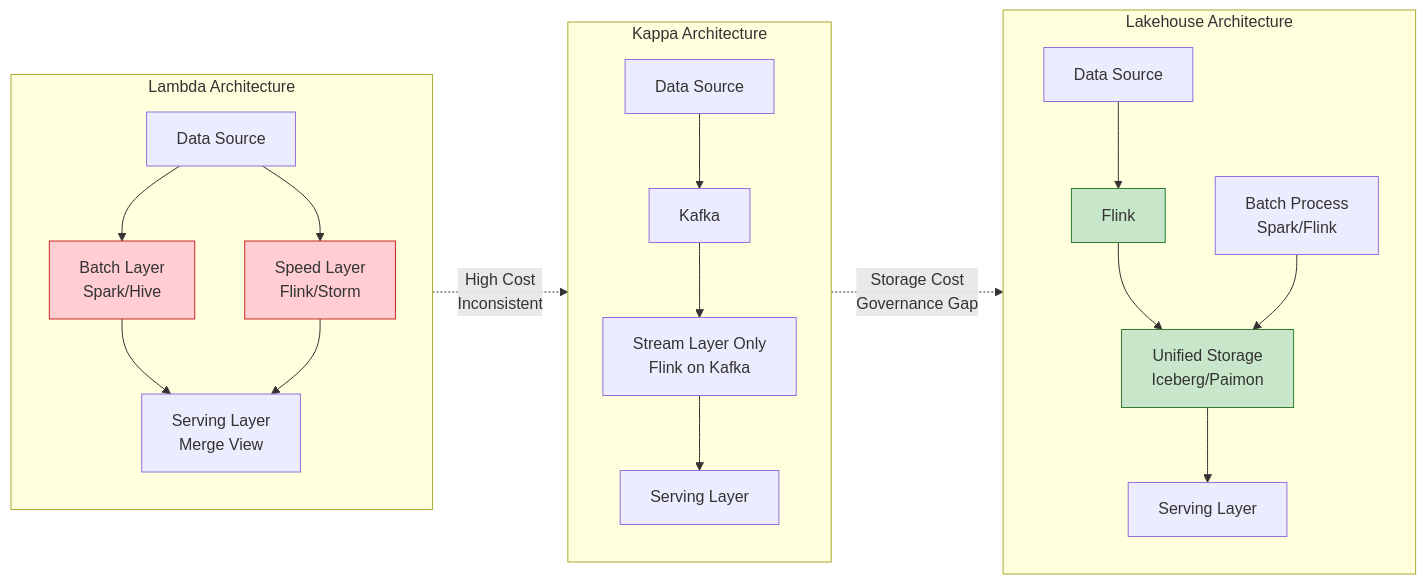
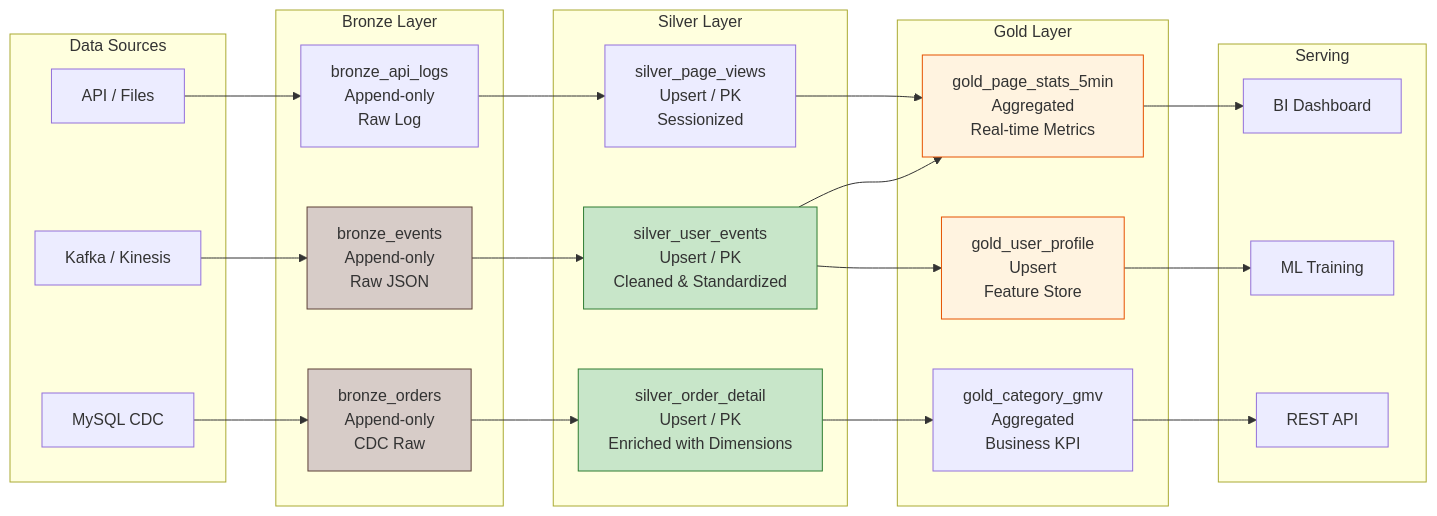
The fourth of 6 diagrams in Flink/05-ecosystem/05.02-lakehouse/streaming-lakehouse-architecture.md (AdaMartin18010/AnalysisDataFlow), drawn with Mermaid before and after one commit. The commit also changed other lines of this file and 18 other files, not shown here.

````diff
--- a/Flink/05-ecosystem/05.02-lakehouse/streaming-lakehouse-architecture.md
+++ b/Flink/05-ecosystem/05.02-lakehouse/streaming-lakehouse-architecture.md
@@ -1620,39 +1751,56 @@
 ```mermaid
 graph LR
-    subgraph "Lambda Architecture"
-        direction TB
-        L1["Batch Layer
-Spark/Hive"] --> L3["Serving Layer
-Merge View"]
-        L2["Speed Layer
-Flink/Storm"] --> L3
-        L4["Data Source"] --> L1
-        L4 --> L2
+    subgraph "Data Sources"
+        KAFKA["Kafka / Kinesis"]
+        CDC_SRC["MySQL CDC"]
+        API_SRC["API / Files"]
     end
 
-    subgraph "Kappa Architecture"
-        direction TB
-        K1["Stream Layer Only
-Flink on Kafka"] --> K2["Serving Layer"]
-        K3["Data Source"] --> K4["Kafka"] --> K1
+    subgraph "Bronze Layer"
+        B1["bronze_events<br/>Append-only<br/>Raw JSON"]
+        B2["bronze_orders<br/>Append-only<br/>CDC Raw"]
+        B3["bronze_api_logs<br/>Append-only<br/>Raw Log"]
     end
 
-    subgraph "Lakehouse Architecture"
-        direction TB
-        H1["Unified Storage
-Iceberg/Paimon"] --> H2["Serving Layer"]
-        H3["Data Source"] --> H4["Flink"] --> H1
-        H5["Batch Process
-Spark/Flink"] --> H1
+    subgraph "Silver Layer"
+        S1["silver_user_events<br/>Upsert / PK<br/>Cleaned & Standardized"]
+        S2["silver_order_detail<br/>Upsert / PK<br/>Enriched with Dimensions"]
+        S3["silver_page_views<br/>Upsert / PK<br/>Sessionized"]
     end
 
-    L1 -.->|"High Cost
-Inconsistent"| K1
-    K1 -.->|"Storage Cost
-Governance Gap"| H4
+    subgraph "Gold Layer"
+        G1["gold_page_stats_5min<br/>Aggregated<br/>Real-time Metrics"]
+        G2["gold_user_profile<br/>Upsert<br/>Feature Store"]
+        G3["gold_category_gmv<br/>Aggregated<br/>Business KPI"]
+    end
 
-    style L1 fill:#ffcdd2,stroke:#c62828
-    style L2 fill:#ffcdd2,stroke:#c62828
-    style H1 fill:#c8e6c9,stroke:#2e7d32
-    style H4 fill:#c8e6c9,stroke:#2e7d32
+    subgraph "Serving"
+        BI["BI Dashboard"]
+        ML["ML Training"]
+        API_OUT["REST API"]
+    end
+
+    KAFKA --> B1
+    CDC_SRC --> B2
+    API_SRC --> B3
+
+    B1 --> S1
+    B2 --> S2
+    B3 --> S3
+
+    S1 --> G1
+    S1 --> G2
+    S2 --> G3
+    S3 --> G1
+
+    G1 --> BI
+    G2 --> ML
+    G3 --> API_OUT
+
+    style B1 fill:#d7ccc8,stroke:#5d4037
+    style B2 fill:#d7ccc8,stroke:#5d4037
+    style S1 fill:#c8e6c9,stroke:#2e7d32
+    style S2 fill:#c8e6c9,stroke:#2e7d32
+    style G1 fill:#fff3e0,stroke:#e65100
+    style G2 fill:#fff3e0,stroke:#e65100
 ```
````
